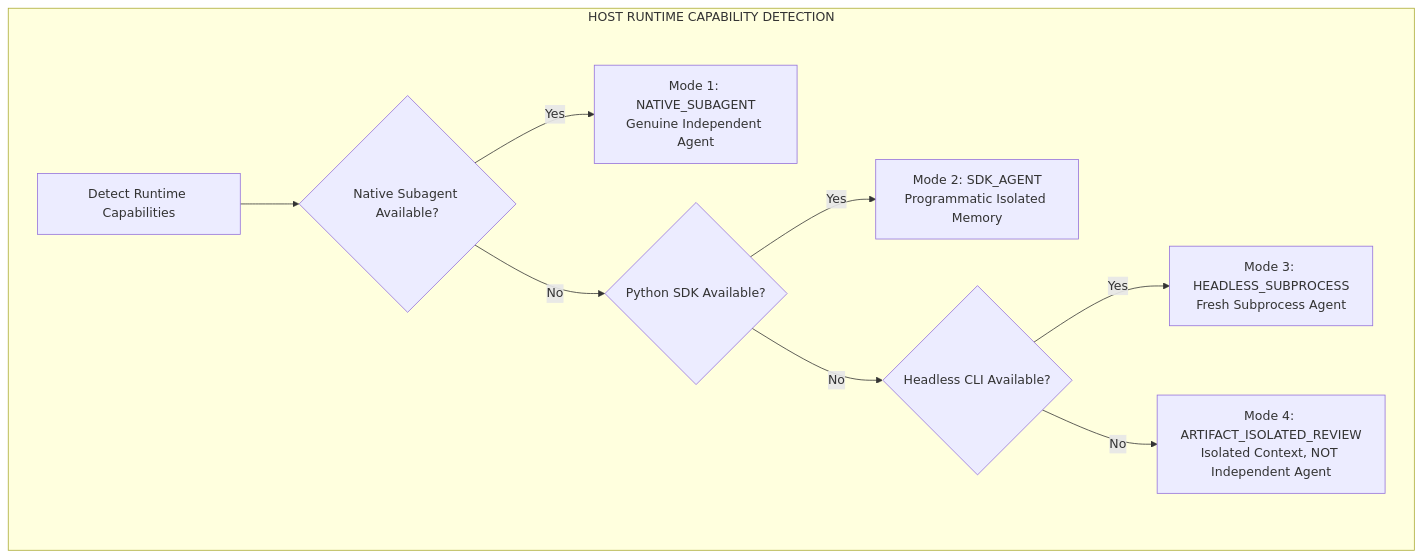
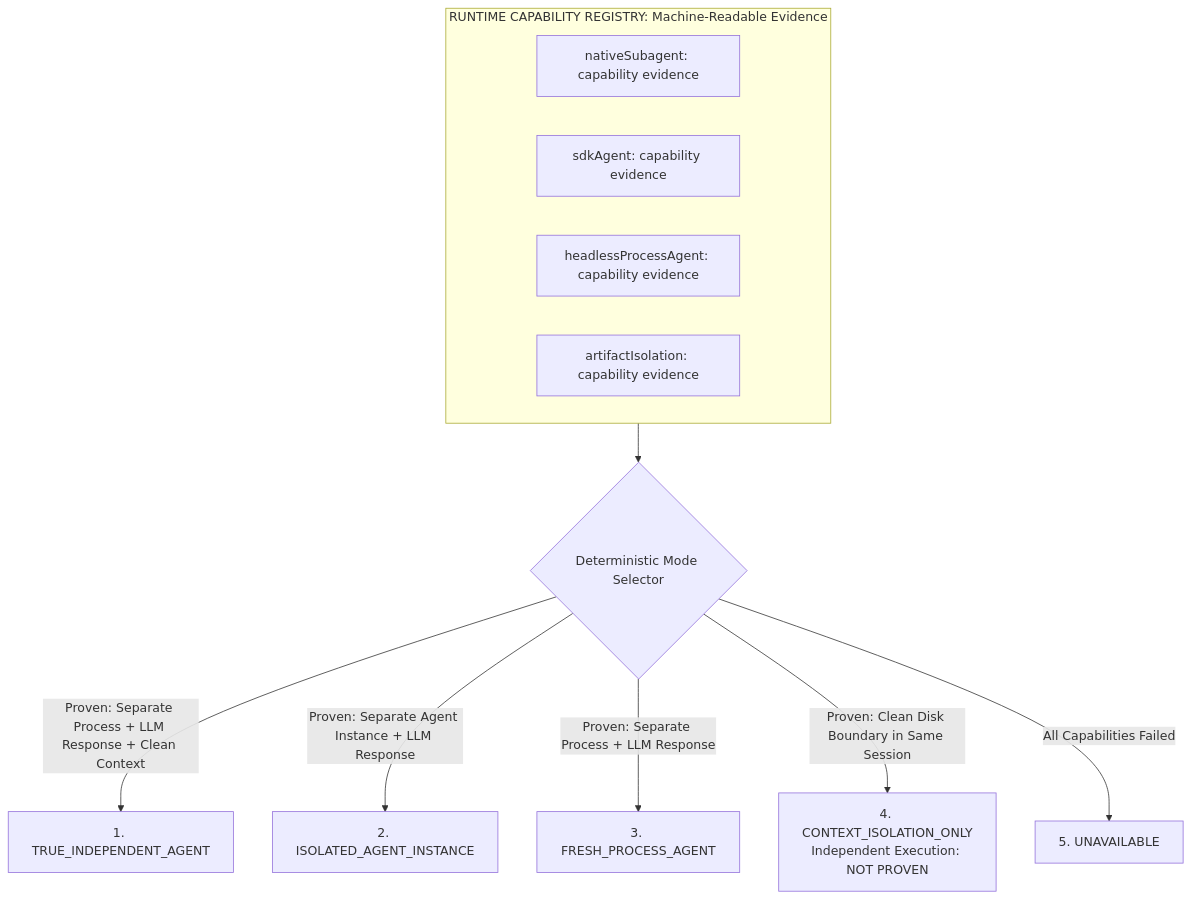
The diagram in core/orchestration-model.md (egagofur/ai-engineering-loop), drawn with Mermaid before and after one commit. The commit also changed other lines of this file and 4 other files, not shown here.

Commit message:
feat: implement runtime capability registry, evidence contract, and truthful mode selector

````diff
--- a/core/orchestration-model.md
+++ b/core/orchestration-model.md
@@ -14,12 +18,17 @@
 ```mermaid
 flowchart TD
-    subgraph Host_Runtime [HOST RUNTIME CAPABILITY DETECTION]
-        Detect[Detect Runtime Capabilities] --> P1{Native Subagent Available?}
-        P1 -->|Yes| M1[Mode 1: NATIVE_SUBAGENT<br>Genuine Independent Agent]
-        P1 -->|No| P2{Python SDK Available?}
-        P2 -->|Yes| M2[Mode 2: SDK_AGENT<br>Programmatic Isolated Memory]
-        P2 -->|No| P3{Headless CLI Available?}
-        P3 -->|Yes| M3[Mode 3: HEADLESS_SUBPROCESS<br>Fresh Subprocess Agent]
-        P3 -->|No| M4[Mode 4: ARTIFACT_ISOLATED_REVIEW<br>Isolated Context, NOT Independent Agent]
+    subgraph Registry [RUNTIME CAPABILITY REGISTRY: Machine-Readable Evidence]
+        M1[nativeSubagent: capability evidence]
+        M2[sdkAgent: capability evidence]
+        M3[headlessProcessAgent: capability evidence]
+        M4[artifactIsolation: capability evidence]
     end
+
+    Registry --> Selector{Deterministic Mode Selector}
+
+    Selector -->|Proven: Separate Process + LLM Response + Clean Context| S1[1. TRUE_INDEPENDENT_AGENT]
+    Selector -->|Proven: Separate Agent Instance + LLM Response| S2[2. ISOLATED_AGENT_INSTANCE]
+    Selector -->|Proven: Separate Process + LLM Response| S3[3. FRESH_PROCESS_AGENT]
+    Selector -->|Proven: Clean Disk Boundary in Same Session| S4[4. CONTEXT_ISOLATION_ONLY<br>Independent Execution: NOT PROVEN]
+    Selector -->|All Capabilities Failed| S5[5. UNAVAILABLE]
 ```
````
